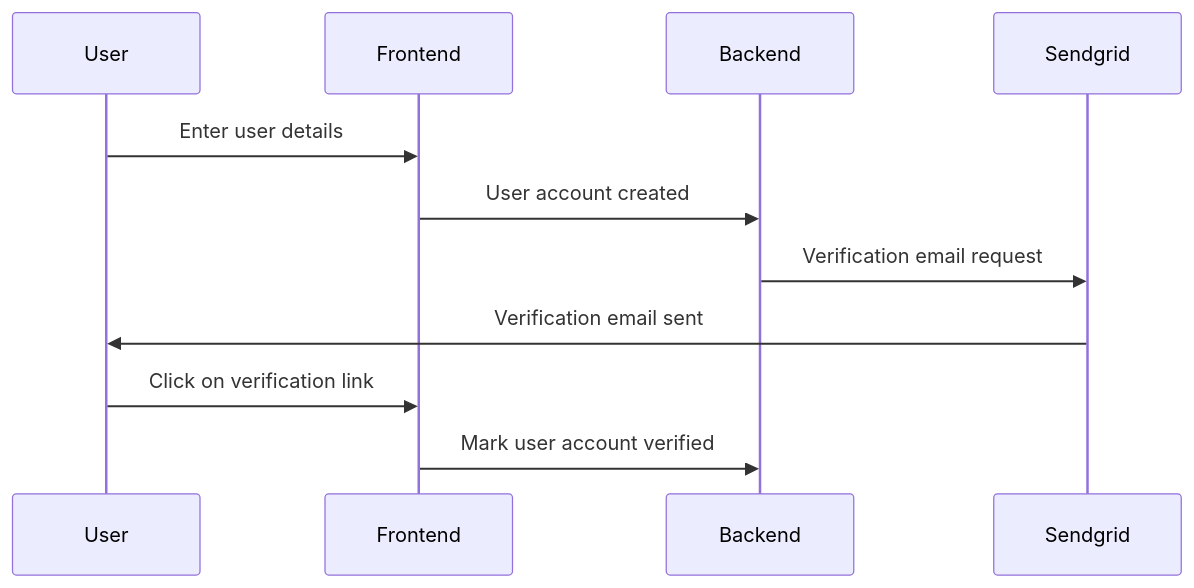
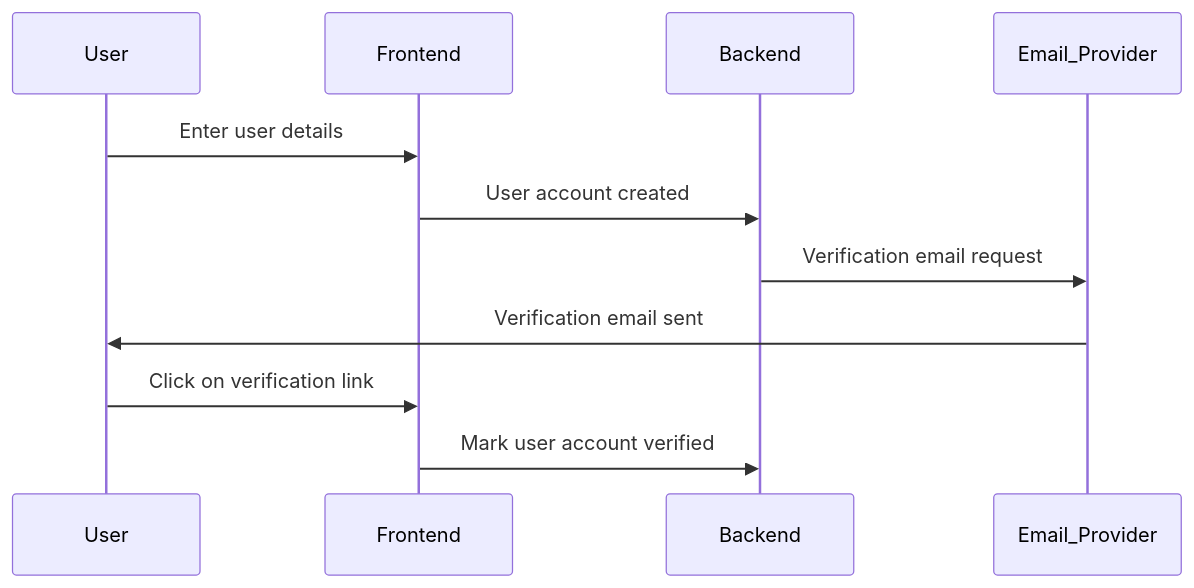
The first of 4 diagrams in README.md (sentier-dev/dds_registration), drawn with Mermaid before and after one commit. The commit also changed other lines of this file and 8 other files, not shown here.

````diff
--- a/README.md
+++ b/README.md
@@ -12,9 +12,9 @@
 ```mermaid
 sequenceDiagram
     User->>Frontend: Enter user details
     Frontend->>Backend: User account created
-    Backend->>Sendgrid: Verification email request
-    Sendgrid->>User: Verification email sent
+    Backend->>Email_Provider: Verification email request
+    Email_Provider->>User: Verification email sent
     User->>Frontend: Click on verification link
     Frontend->>Backend: Mark user account verified
 ```
````
